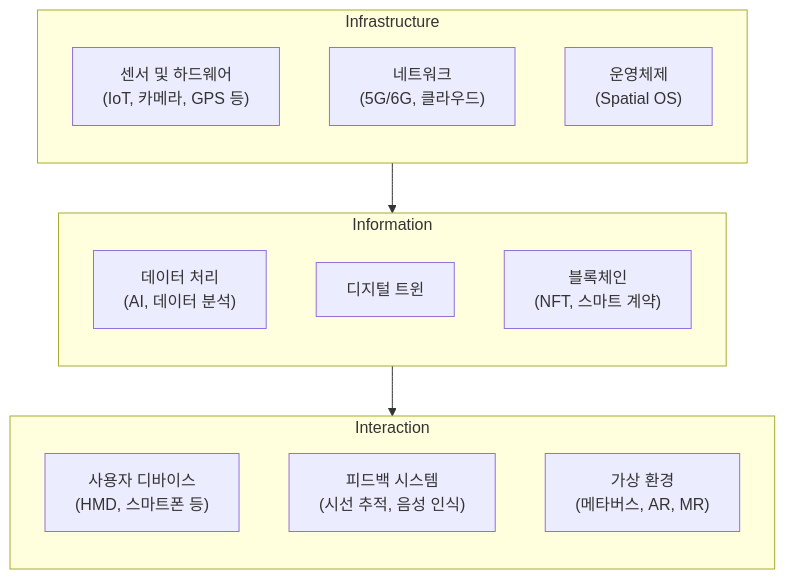
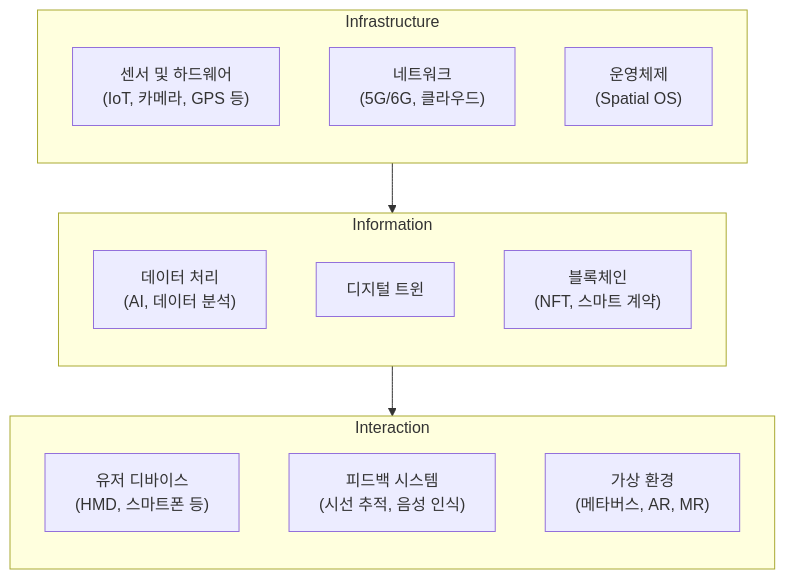
Before and after one commit to gracefullight/gracefullight.github.io: the diagram in blog/pe/conv/spatial-computing.md, drawn with Mermaid. The commit also changed other lines of this file and 10 other files, not shown here.

````diff
--- a/blog/pe/conv/spatial-computing.md
+++ b/blog/pe/conv/spatial-computing.md
@@ -20,25 +20,25 @@
 ```mermaid
 graph TB
   subgraph "Infrastructure"
     direction TB
     Sensors["센서 및 하드웨어<br/>(IoT, 카메라, GPS 등)"]
     Network["네트워크<br/>(5G/6G, 클라우드)"]
     OS["운영체제<br/>(Spatial OS)"]
   end
 
   subgraph "Information"
     direction TB
     Data["데이터 처리<br/>(AI, 데이터 분석)"]
     DigitalTwin["디지털 트윈"]
     Blockchain["블록체인<br/>(NFT, 스마트 계약)"]
   end
 
   subgraph "Interaction"
     direction TB
-    UserDevices["사용자 디바이스<br/>(HMD, 스마트폰 등)"]
+    UserDevices["유저 디바이스<br/>(HMD, 스마트폰 등)"]
     FeedbackSystems["피드백 시스템<br/>(시선 추적, 음성 인식)"]
     VirtualWorlds["가상 환경<br/>(메타버스, AR, MR)"]
   end
 
   Infrastructure --> Information --> Interaction
 ```
````
